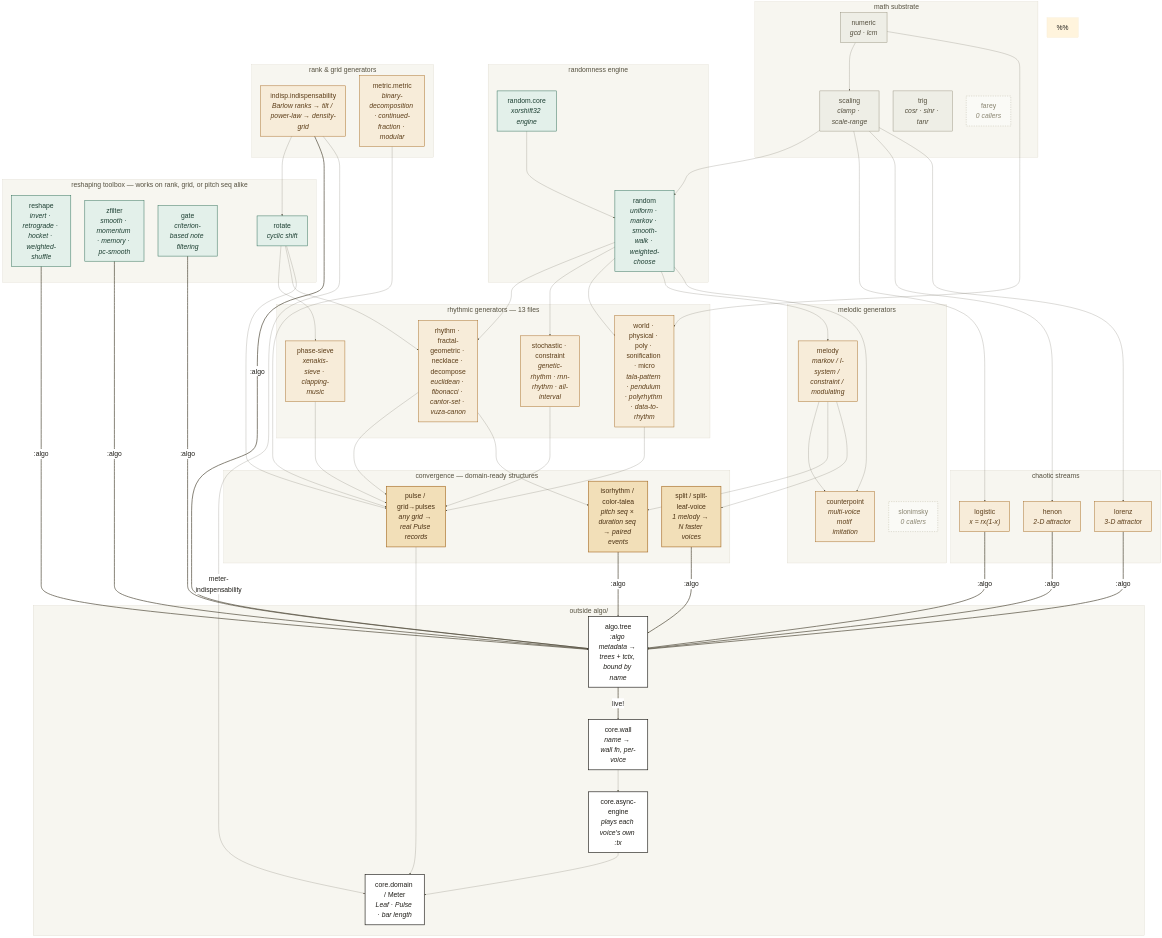
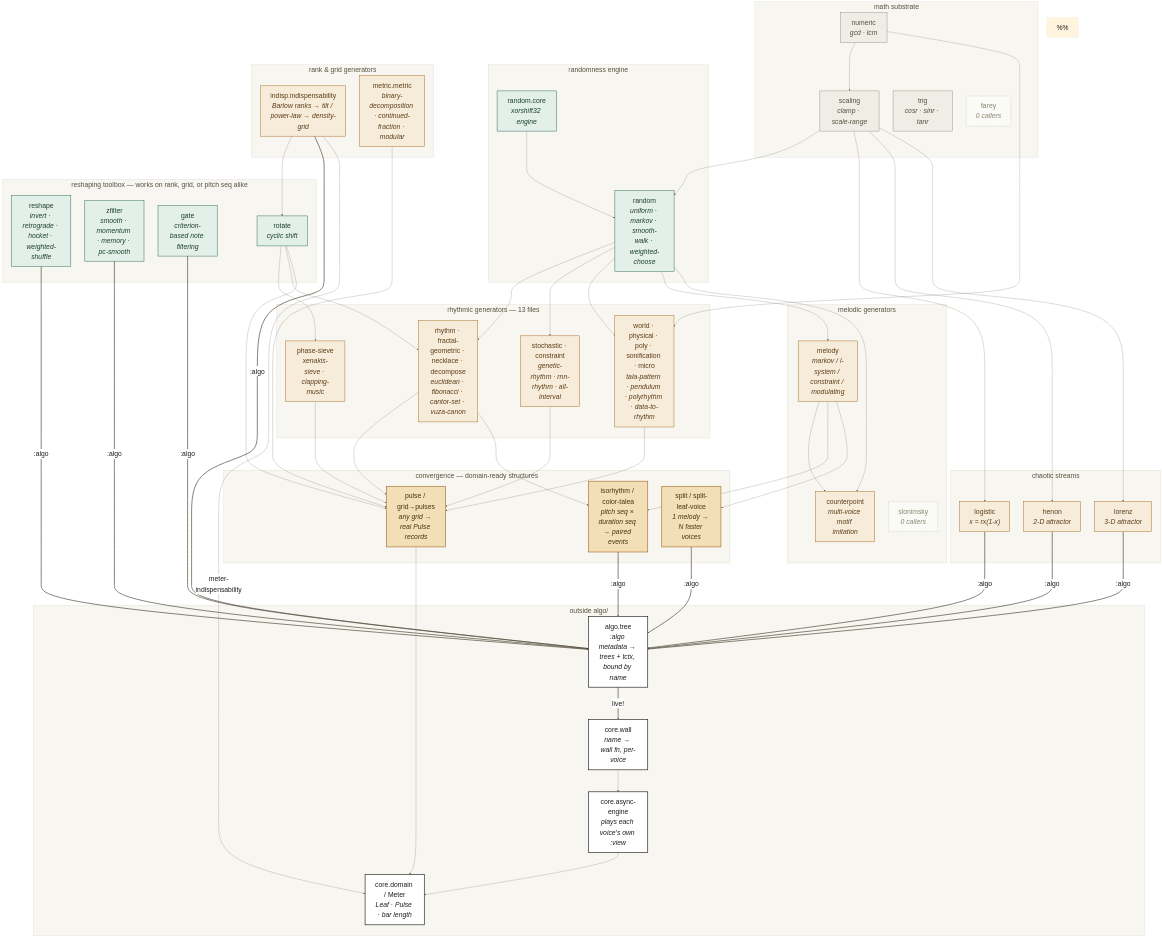
The diagram in doc/algo-signal-chains.mmd (gebdevalk/musics), drawn with Mermaid before and after one commit. The commit also changed 13 other files, not shown here.

```diff
--- a/doc/algo-signal-chains.mmd
+++ b/doc/algo-signal-chains.mmd
@@ -1,140 +1,140 @@
 %%{init: {'theme': 'base', 'themeVariables': {'fontSize': '34px', 'fontFamily': 'Helvetica, Arial, sans-serif', 'lineColor': '#55503f', 'edgeLabelBackground': '#ffffff', 'textColor': '#201e19', 'primaryTextColor': '#201e19'}, 'flowchart': {'nodeSpacing': 70, 'rankSpacing': 110, 'padding': 24, 'htmlLabels': true}} }%%
 flowchart TB
     %% algo-signal-chains.mmd -- a map of how algo/'s generative modules
     %% can feed one another (ranks, grids, pitch sequences, chaotic
     %% streams) on the way into core.wall/core.async-engine and the real
     %% domain model. Solid edges are real code dependencies or already-
     %% tested chains; thick edges mark a module's fns carrying :algo
     %% metadata, composed into an algo.tree tree, bound by name into
     %% core.wall for live playback. Surveyed against the real algo/ :require
     %% graph, not reasoned from memory -- see doc/decisions.md if this
     %% drifts from the code later.
     %%
     %% Regenerate (A3-landscape print pair), from the repo root:
     %%   npx -y @mermaid-js/mermaid-cli -i doc/algo-signal-chains.mmd \
     %%     -o /tmp/diagram.png -b '#ffffff' -w 4960 --scale 1
     %%   (wrap diagram.png in an SVG sized width="420mm" height="297mm",
     %%    convert with `mutool convert`, then `mutool poster -x 2 -y 1`
     %%    to split into two A4-portrait pages for a printer with no A3 tray)
     classDef math fill:#eeeee6,stroke:#8a8571,color:#55503f,stroke-width:2px
     classDef rng fill:#e3f0ea,stroke:#2e6e58,color:#1d3f32,stroke-width:2.4px
     classDef gen fill:#f7ecd9,stroke:#a9702b,color:#5c3d18,stroke-width:2.4px
     classDef tool fill:#e3f0ea,stroke:#2e6e58,color:#1d3f32,stroke-width:2.4px
     classDef conv fill:#f2dfb8,stroke:#a9702b,color:#4a3012,stroke-width:3.2px
     classDef engine fill:#ffffff,stroke:#201e19,color:#201e19,stroke-width:3.2px
     classDef dormant fill:#fafaf6,stroke:#b5b09c,color:#8a8571,stroke-dasharray: 6 6,stroke-width:2px
 
     subgraph MATH[" math substrate "]
         NUM["numeric<br/><i>gcd · lcm</i>"]
         SCALE["scaling<br/><i>clamp · scale-range</i>"]
         TRIG["trig<br/><i>cosr · sinr · tanr</i>"]
         FAREY["farey<br/><i>0 callers</i>"]:::dormant
     end
 
     subgraph RNG[" randomness engine "]
         RCORE["random.core<br/><i>xorshift32 engine</i>"]
         RAND["random<br/><i>uniform · markov · smooth-walk · weighted-choose</i>"]
     end
 
     subgraph RANK[" rank &amp; grid generators "]
         INDISP["indisp.indispensability<br/><i>Barlow ranks → tilt / power-law → density-grid</i>"]
         METRIC["metric.metric<br/><i>binary-decomposition · continued-fraction · modular</i>"]
     end
 
     subgraph RHYTHM[" rhythmic generators — 13 files "]
         EUCLID["rhythm · fractal-geometric · necklace · decompose<br/><i>euclidean · fibonacci · cantor-set · vuza-canon</i>"]
         SIEVE["phase-sieve<br/><i>xenakis-sieve · clapping-music</i>"]
         STOCH["stochastic · constraint<br/><i>genetic-rhythm · rnn-rhythm · all-interval</i>"]
         WORLDF["world · physical · poly · sonification · micro<br/><i>tala-pattern · pendulum · polyrhythm · data-to-rhythm</i>"]
     end
 
     subgraph MELODIC[" melodic generators "]
         MELODY["melody<br/><i>markov / l-system / constraint / modulating</i>"]
         CPOINT["counterpoint<br/><i>multi-voice motif imitation</i>"]
         SLON["slonimsky<br/><i>0 callers</i>"]:::dormant
     end
 
     subgraph CHAOS[" chaotic streams "]
         LOGIS["logistic<br/><i>x = rx(1-x)</i>"]
         HENON["henon<br/><i>2-D attractor</i>"]
         LOREN["lorenz<br/><i>3-D attractor</i>"]
     end
 
     subgraph TOOLBOX[" reshaping toolbox — works on rank, grid, or pitch seq alike "]
         RESHAPE["reshape<br/><i>invert · retrograde · hocket · weighted-shuffle</i>"]
         ZFILT["zfilter<br/><i>smooth · momentum · memory · pc-smooth</i>"]
         GATE["gate<br/><i>criterion-based note filtering</i>"]
         ROTATE["rotate<br/><i>cyclic shift</i>"]
     end
 
     subgraph CONVERGE[" convergence — domain-ready structures "]
         PULSE["pulse / grid→pulses<br/><i>any grid → real Pulse records</i>"]
         ISO["isorhythm / color-talea<br/><i>pitch seq × duration seq → paired events</i>"]
         SPLIT["split / split-leaf-voice<br/><i>1 melody → N faster voices</i>"]
     end
 
     subgraph ENGINE[" outside algo/ "]
         TREE["algo.tree<br/><i>:algo metadata → trees + tctx, bound by name</i>"]
         WALL["core.wall<br/><i>name → wall fn, per-voice</i>"]
-        ASYNC["core.async-engine<br/><i>plays each voice's own :tx</i>"]
+        ASYNC["core.async-engine<br/><i>plays each voice's own :view</i>"]
         DOMAIN["core.domain / Meter<br/><i>Leaf · Pulse · bar length</i>"]
     end
 
     style MATH fill:#f7f6f0,stroke:#c9c3ae,color:#55503f
     style RNG fill:#f7f6f0,stroke:#c9c3ae,color:#55503f
     style RANK fill:#f7f6f0,stroke:#c9c3ae,color:#55503f
     style RHYTHM fill:#f7f6f0,stroke:#c9c3ae,color:#55503f
     style MELODIC fill:#f7f6f0,stroke:#c9c3ae,color:#55503f
     style CHAOS fill:#f7f6f0,stroke:#c9c3ae,color:#55503f
     style TOOLBOX fill:#f7f6f0,stroke:#c9c3ae,color:#55503f
     style CONVERGE fill:#f7f6f0,stroke:#c9c3ae,color:#55503f
     style ENGINE fill:#f7f6f0,stroke:#c9c3ae,color:#55503f
 
     class NUM,SCALE,TRIG math
     class RCORE,RAND rng
     class INDISP,METRIC gen
     class EUCLID,SIEVE,STOCH,WORLDF gen
     class MELODY,CPOINT gen
     class LOGIS,HENON,LOREN gen
     class RESHAPE,ZFILT,GATE,ROTATE tool
     class PULSE,ISO,SPLIT conv
     class TREE,WALL,ASYNC,DOMAIN engine
 
     NUM --> SCALE
     RCORE --> RAND
     SCALE --> RAND
 
     RAND --> EUCLID
     RAND --> STOCH
     RAND --> WORLDF
     ROTATE --> SIEVE
     ROTATE --> EUCLID
     NUM --> WORLDF
 
     RAND --> MELODY
     RAND --> CPOINT
     MELODY --> CPOINT
 
     SCALE --> LOGIS
     SCALE --> HENON
     SCALE --> LOREN
 
     INDISP --> ROTATE
     ROTATE --> PULSE
     METRIC --> PULSE
     EUCLID --> PULSE
     STOCH --> PULSE
     WORLDF --> PULSE
     SIEVE --> PULSE
 
     MELODY --> ISO
     EUCLID --> ISO
     MELODY --> SPLIT
 
     GATE & RESHAPE & ZFILT & LOGIS & HENON & LOREN & ISO & SPLIT & INDISP ==>|":algo"| TREE
     TREE ==>|"live!"| WALL
 
     PULSE --> DOMAIN
     WALL --> ASYNC
     ASYNC --> DOMAIN
     INDISP -->|"meter-indispensability"| DOMAIN
```
